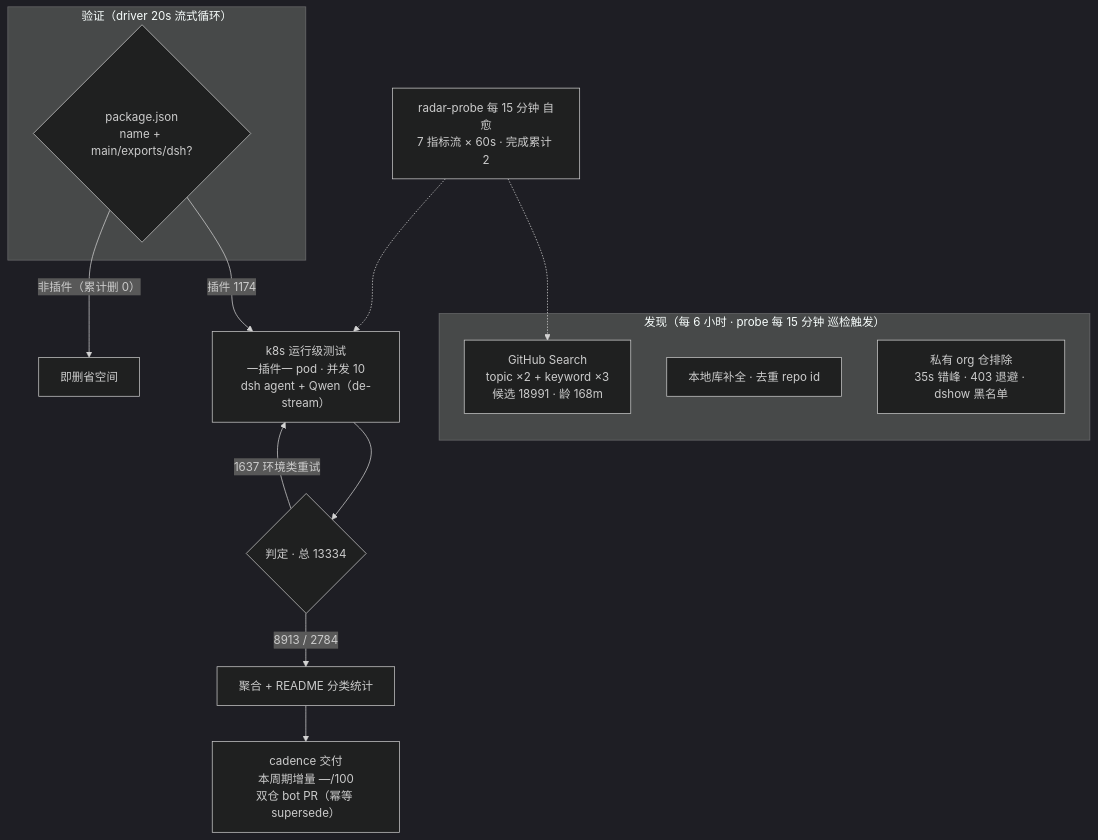
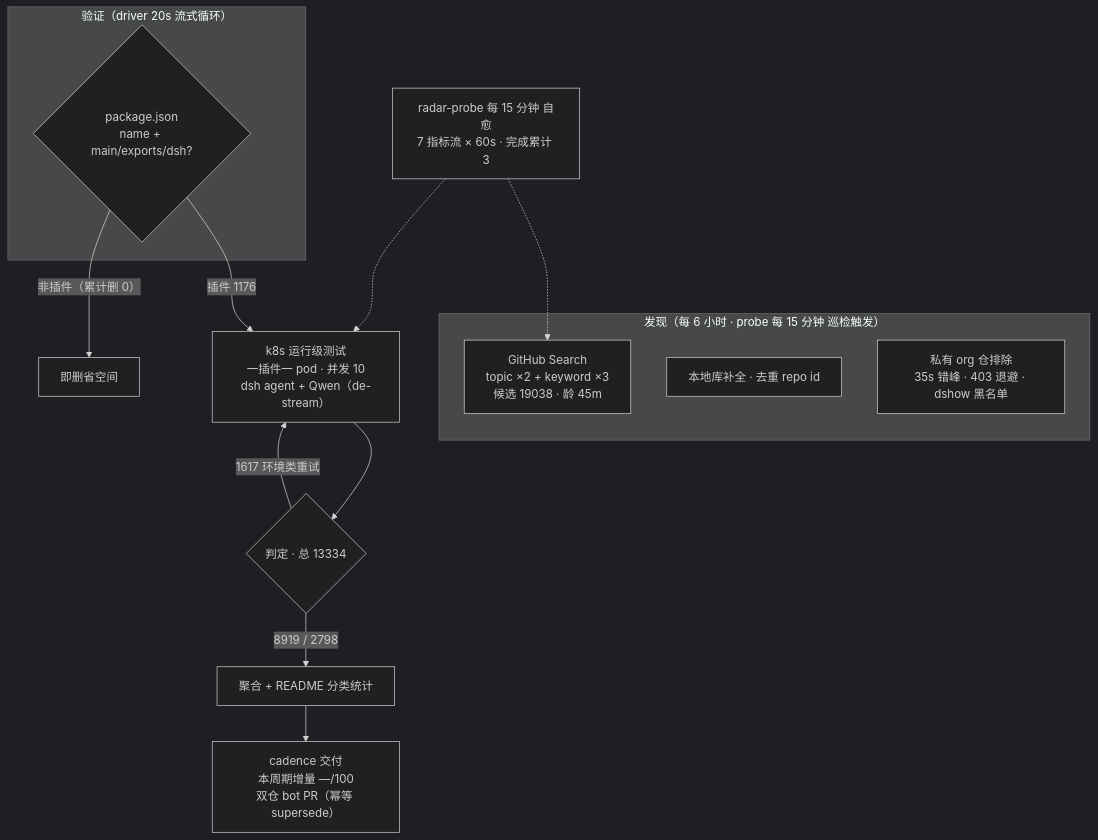
Before and after one commit to Zhidao-Lab-OSS/awesome-dsh-plugins: the diagram in README.md, drawn with Mermaid (dark theme). The commit also changed other lines of this file and 1 other file, not shown here.

````diff
--- a/README.md
+++ b/README.md
@@ -52,20 +53,20 @@
 ```mermaid
 flowchart TB
     subgraph Discovery["发现（每 6 小时 · probe 每 15 分钟 巡检触发）"]
-        A1["GitHub Search<br/>topic ×2 + keyword ×3<br/>候选 18991 · 龄 168m"]
+        A1["GitHub Search<br/>topic ×2 + keyword ×3<br/>候选 19038 · 龄 45m"]
         A2["本地库补全 · 去重 repo id"]
         A3["私有 org 仓排除<br/>35s 错峰 · 403 退避 · dshow 黑名单"]
     end
     subgraph Validation["验证（driver 20s 流式循环）"]
         B1{"package.json<br/>name + main/exports/dsh?"}
     end
-    B1 -->|"插件 1174"| C1["k8s 运行级测试<br/>一插件一 pod · 并发 10<br/>dsh agent + Qwen（de-stream）"]
+    B1 -->|"插件 1176"| C1["k8s 运行级测试<br/>一插件一 pod · 并发 10<br/>dsh agent + Qwen（de-stream）"]
     B1 -->|"非插件（累计删 0）"| B3["即删省空间"]
     C1 --> D1{"判定 · 总 13334"}
-    D1 -->|"8913 / 2784"| E1["聚合 + README 分类统计"]
-    D1 -->|"1637 环境类重试"| C1
+    D1 -->|"8919 / 2798"| E1["聚合 + README 分类统计"]
+    D1 -->|"1617 环境类重试"| C1
     E1 --> E2["cadence 交付<br/>本周期增量 —/100<br/>双仓 bot PR（幂等 supersede）"]
-    M["radar-probe 每 15 分钟 自愈<br/>7 指标流 × 60s · 完成累计 2"]
+    M["radar-probe 每 15 分钟 自愈<br/>7 指标流 × 60s · 完成累计 3"]
     M -.-> A1
     M -.-> C1
 ```
````
